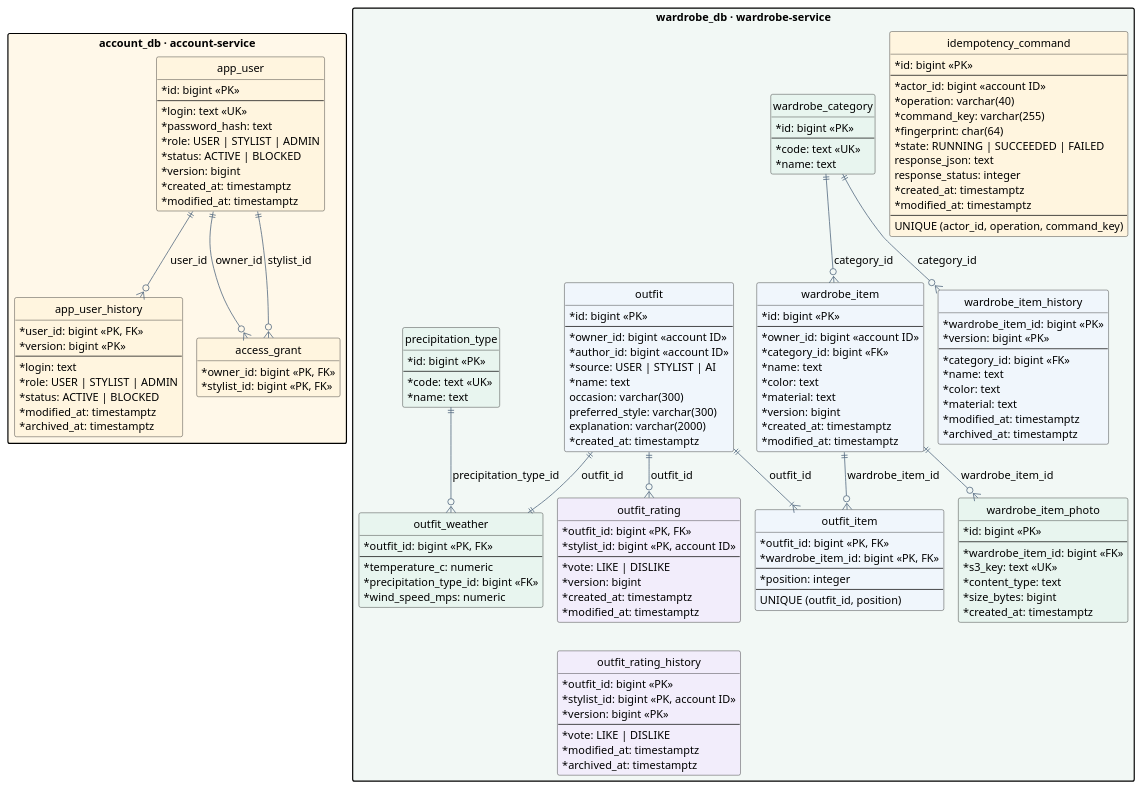
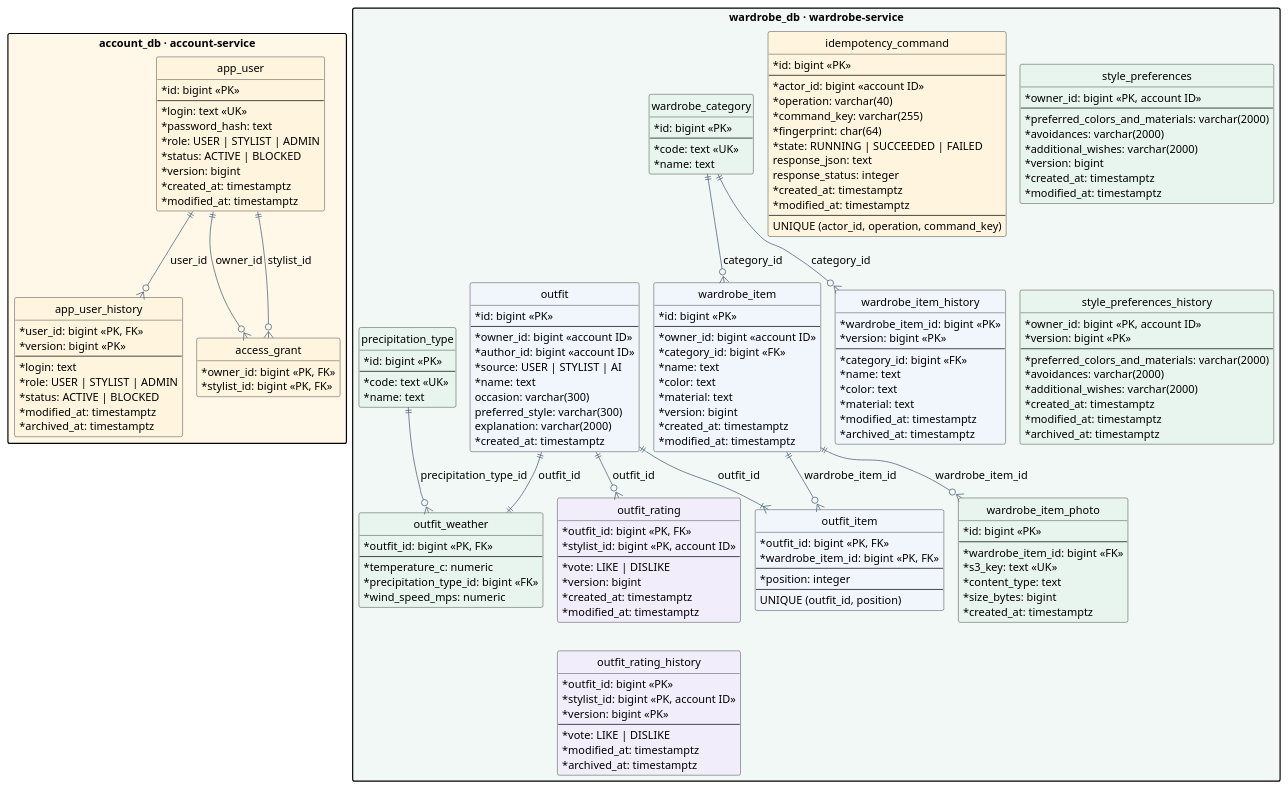
The diagram in docs/lab2/diagrams/data.puml (SimeonGor/clothes-advisor), drawn with PlantUML before and after one commit. The commit also changed 4 other files, not shown here.

```diff
--- a/docs/lab2/diagrams/data.puml
+++ b/docs/lab2/diagrams/data.puml
@@ -1,162 +1,184 @@
 @startuml data
 !pragma layout smetana
 skinparam backgroundColor #FFFFFF
 skinparam defaultFontName SansSerif
 skinparam defaultFontSize 14
 skinparam shadowing false
 skinparam classAttributeIconSize 0
 skinparam packageStyle rectangle
 skinparam nodesep 55
 skinparam ranksep 65
 skinparam ArrowColor #52677F
 hide methods
 hide circle
 
 package "account_db · account-service" as account #FFF8E9 {
   entity "app_user" as user #FFF5DF {
     * id: bigint <<PK>>
     --
     * login: text <<UK>>
     * password_hash: text
     * role: USER | STYLIST | ADMIN
     * status: ACTIVE | BLOCKED
     * version: bigint
     * created_at: timestamptz
     * modified_at: timestamptz
   }
   entity "app_user_history" as user_history #FFF5DF {
     * user_id: bigint <<PK, FK>>
     * version: bigint <<PK>>
     --
     * login: text
     * role: USER | STYLIST | ADMIN
     * status: ACTIVE | BLOCKED
     * modified_at: timestamptz
     * archived_at: timestamptz
   }
   entity "access_grant" as grant #FFF5DF {
     * owner_id: bigint <<PK, FK>>
     * stylist_id: bigint <<PK, FK>>
   }
   user ||--o{ user_history : user_id
   user ||--o{ grant : owner_id
   user ||--o{ grant : stylist_id
 }
 
 package "wardrobe_db · wardrobe-service" as wardrobe #F2F8F5 {
+  entity "style_preferences" as preferences #E8F5EF {
+    * owner_id: bigint <<PK, account ID>>
+    --
+    * preferred_colors_and_materials: varchar(2000)
+    * avoidances: varchar(2000)
+    * additional_wishes: varchar(2000)
+    * version: bigint
+    * created_at: timestamptz
+    * modified_at: timestamptz
+  }
+  entity "style_preferences_history" as preferences_history #E8F5EF {
+    * owner_id: bigint <<PK, account ID>>
+    * version: bigint <<PK>>
+    --
+    * preferred_colors_and_materials: varchar(2000)
+    * avoidances: varchar(2000)
+    * additional_wishes: varchar(2000)
+    * created_at: timestamptz
+    * modified_at: timestamptz
+    * archived_at: timestamptz
+  }
+  preferences -[hidden]down-> preferences_history
   entity "idempotency_command" as command #FFF5DF {
     * id: bigint <<PK>>
     --
     * actor_id: bigint <<account ID>>
     * operation: varchar(40)
     * command_key: varchar(255)
     * fingerprint: char(64)
     * state: RUNNING | SUCCEEDED | FAILED
     response_json: text
     response_status: integer
     * created_at: timestamptz
     * modified_at: timestamptz
     --
     UNIQUE (actor_id, operation, command_key)
   }
   entity "wardrobe_category" as category #E8F5EF {
     * id: bigint <<PK>>
     --
     * code: text <<UK>>
     * name: text
   }
   entity "wardrobe_item" as item #F0F6FC {
     * id: bigint <<PK>>
     --
     * owner_id: bigint <<account ID>>
     * category_id: bigint <<FK>>
     * name: text
     * color: text
     * material: text
     * version: bigint
     * created_at: timestamptz
     * modified_at: timestamptz
   }
   entity "wardrobe_item_history" as item_history #F0F6FC {
     * wardrobe_item_id: bigint <<PK>>
     * version: bigint <<PK>>
     --
     * category_id: bigint <<FK>>
     * name: text
     * color: text
     * material: text
     * modified_at: timestamptz
     * archived_at: timestamptz
   }
   entity "wardrobe_item_photo" as photo #E8F5EF {
     * id: bigint <<PK>>
     --
     * wardrobe_item_id: bigint <<FK>>
     * s3_key: text <<UK>>
     * content_type: text
     * size_bytes: bigint
     * created_at: timestamptz
   }
   entity "outfit" as outfit #F0F6FC {
     * id: bigint <<PK>>
     --
     * owner_id: bigint <<account ID>>
     * author_id: bigint <<account ID>>
     * source: USER | STYLIST | AI
     * name: text
     occasion: varchar(300)
     preferred_style: varchar(300)
     explanation: varchar(2000)
     * created_at: timestamptz
   }
   entity "outfit_item" as composition #F0F6FC {
     * outfit_id: bigint <<PK, FK>>
     * wardrobe_item_id: bigint <<PK, FK>>
     --
     * position: integer
     --
     UNIQUE (outfit_id, position)
   }
   entity "outfit_weather" as weather #E8F5EF {
     * outfit_id: bigint <<PK, FK>>
     --
     * temperature_c: numeric
     * precipitation_type_id: bigint <<FK>>
     * wind_speed_mps: numeric
   }
   entity "precipitation_type" as precipitation #E8F5EF {
     * id: bigint <<PK>>
     --
     * code: text <<UK>>
     * name: text
   }
   entity "outfit_rating" as rating #F2EDFB {
     * outfit_id: bigint <<PK, FK>>
     * stylist_id: bigint <<PK, account ID>>
     --
     * vote: LIKE | DISLIKE
     * version: bigint
     * created_at: timestamptz
     * modified_at: timestamptz
   }
   entity "outfit_rating_history" as rating_history #F2EDFB {
     * outfit_id: bigint <<PK>>
     * stylist_id: bigint <<PK, account ID>>
     * version: bigint <<PK>>
     --
     * vote: LIKE | DISLIKE
     * modified_at: timestamptz
     * archived_at: timestamptz
   }
   category ||--o{ item : category_id
   category ||--o{ item_history : category_id
   item ||--o{ photo : wardrobe_item_id
   item ||--o{ composition : wardrobe_item_id
   outfit ||--|{ composition : outfit_id
   outfit ||--|| weather : outfit_id
   precipitation ||--o{ weather : precipitation_type_id
   outfit ||--o{ rating : outfit_id
   rating -[hidden]down-> rating_history
 }
 account -[hidden]right-> wardrobe
 @enduml
```
